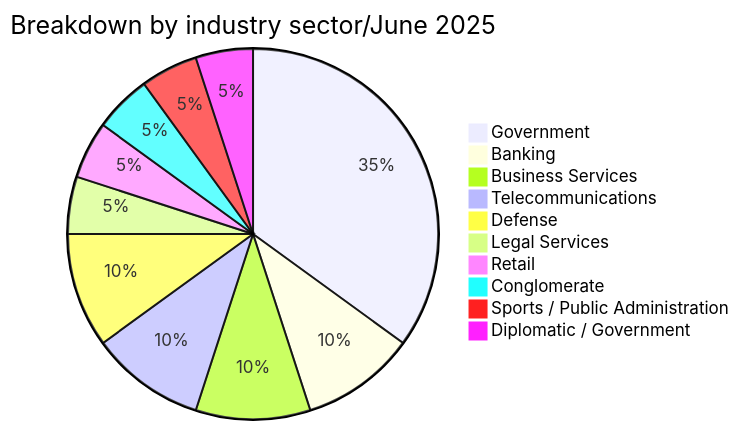
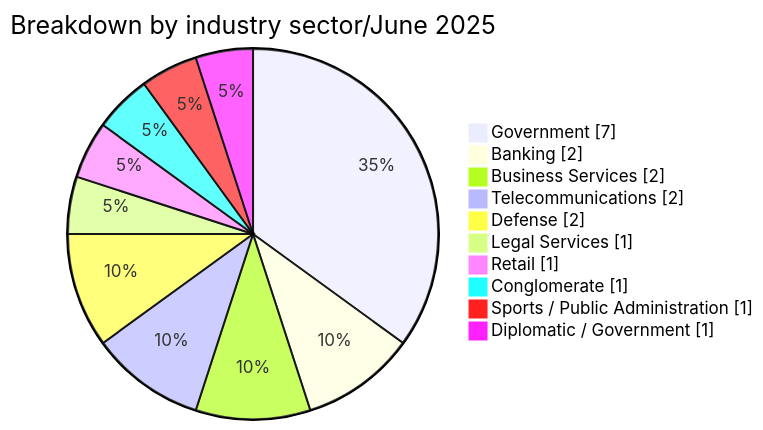
The second of 7 diagrams in CyberAttackAfrica/2025/06-june/README.md (Hatchepsoute/AFRINTEL), drawn with Mermaid before and after one commit. The commit also changed other lines of this file and 182 other files, not shown here.

````diff
--- a/CyberAttackAfrica/2025/06-june/README.md
+++ b/CyberAttackAfrica/2025/06-june/README.md
@@ -71,13 +74,14 @@
 ```mermaid
-pie title Breakdown by industry sector/June 2025
+pie showData
+    title Breakdown by industry sector/June 2025
     "Government" : 7
     "Banking" : 2
     "Business Services" : 2
     "Telecommunications" : 2
     "Defense" : 2
     "Legal Services" : 1
     "Retail" : 1
     "Conglomerate" : 1
     "Sports / Public Administration" : 1
     "Diplomatic / Government" : 1
 ```
````
